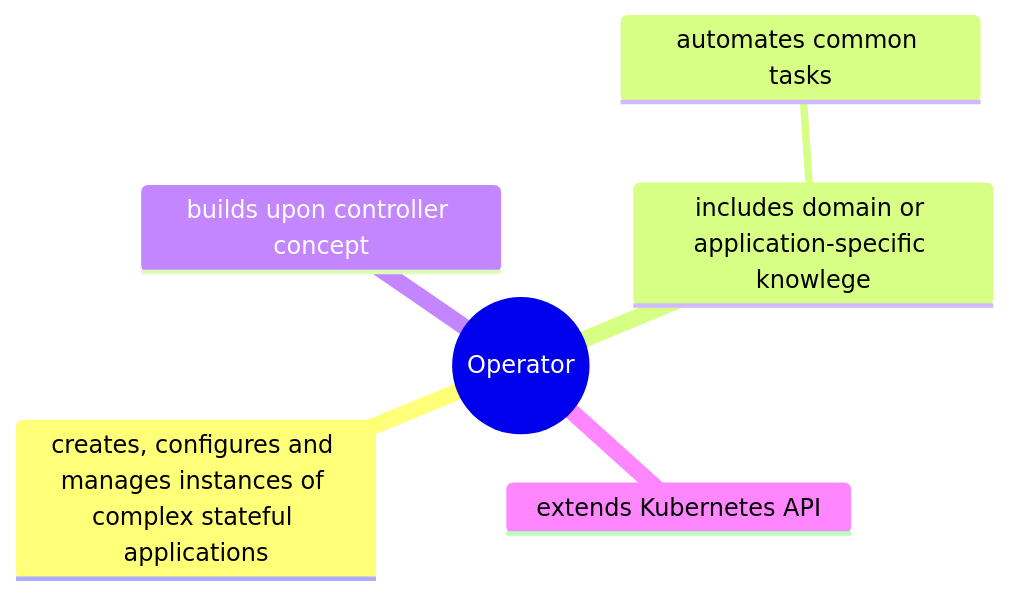
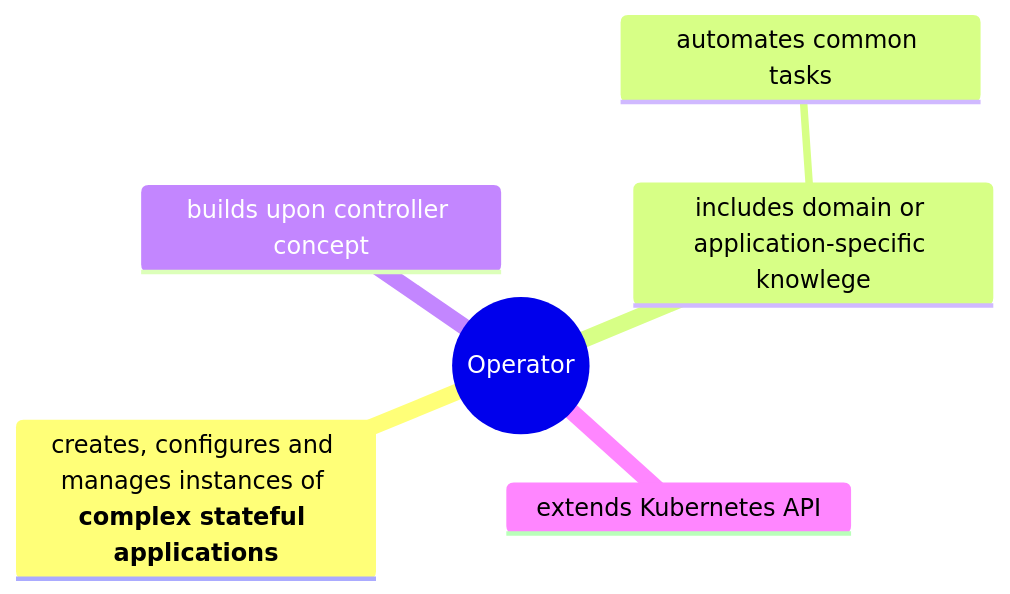
One commit to gerald1248/operator-antipattern-slides changed the diagram in mermaid/operator-benefits.mmd. Above: the diagram before and after it, drawn with Mermaid. The commit also changed 36 other files, not shown here.

```diff
--- a/mermaid/operator-benefits.mmd
+++ b/mermaid/operator-benefits.mmd
@@ -1,10 +1,10 @@
 mindmap
   root((Operator))
-    creates, configures and manages instances of complex stateful applications
+    creates, configures and manages instances of **complex stateful applications**
 
     includes domain or application-specific knowlege
       automates common tasks
 
     builds upon controller concept
 
     extends Kubernetes API
```
